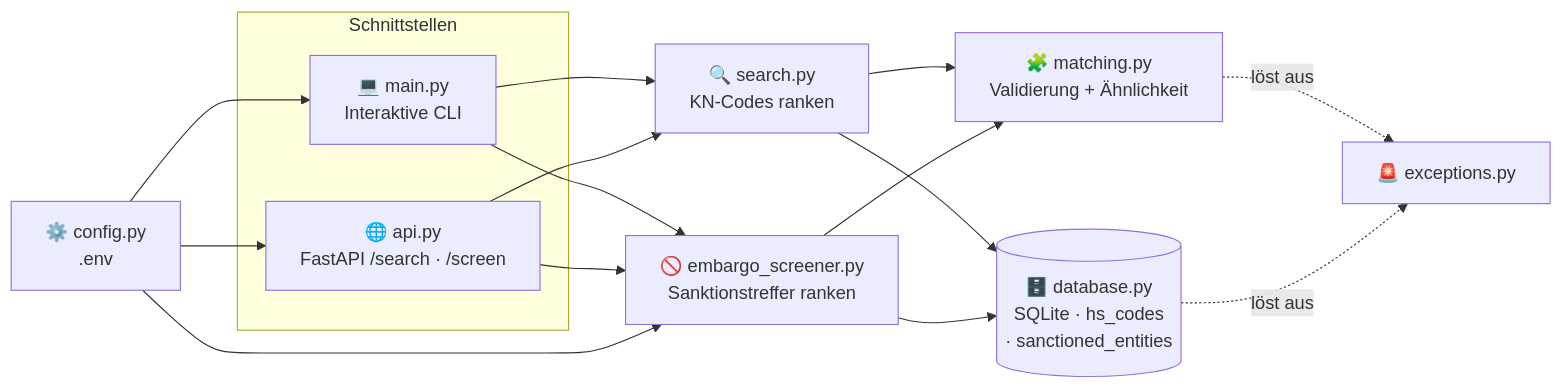
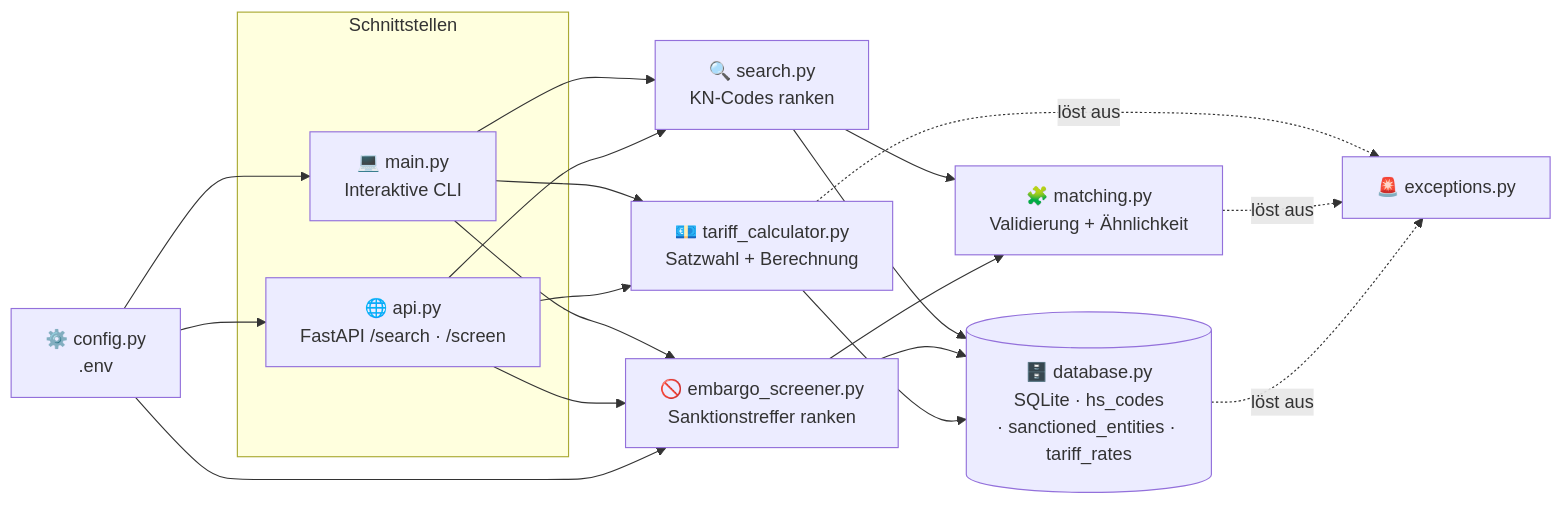
Before and after one commit to Mutersec/CustomsIQ: the first of 2 diagrams in README.de.md, drawn with Mermaid. The commit also changed other lines of this file and 13 other files, not shown here.

````diff
--- a/README.de.md
+++ b/README.de.md
@@ -93,28 +94,33 @@
 ```mermaid
 flowchart LR
     subgraph Schnittstellen
         CLI["💻 main.py<br/>Interaktive CLI"]
         API["🌐 api.py<br/>FastAPI /search · /screen"]
     end
 
     SEARCH["🔍 search.py<br/>KN-Codes ranken"]
     SCREEN["🚫 embargo_screener.py<br/>Sanktionstreffer ranken"]
+    DUTY["💶 tariff_calculator.py<br/>Satzwahl + Berechnung"]
     MATCH["🧩 matching.py<br/>Validierung + Ähnlichkeit"]
-    DB[("🗄️ database.py<br/>SQLite · hs_codes<br/>· sanctioned_entities")]
+    DB[("🗄️ database.py<br/>SQLite · hs_codes<br/>· sanctioned_entities · tariff_rates")]
     EXC["🚨 exceptions.py"]
     CFG["⚙️ config.py<br/>.env"]
 
     CLI --> SEARCH
     CLI --> SCREEN
+    CLI --> DUTY
     API --> SEARCH
     API --> SCREEN
+    API --> DUTY
     SEARCH --> MATCH
     SCREEN --> MATCH
     SEARCH --> DB
     SCREEN --> DB
+    DUTY --> DB
+    DUTY -. löst aus .-> EXC
     MATCH -. löst aus .-> EXC
     DB -. löst aus .-> EXC
     CFG --> CLI
     CFG --> API
     CFG --> SCREEN
 ```
````
